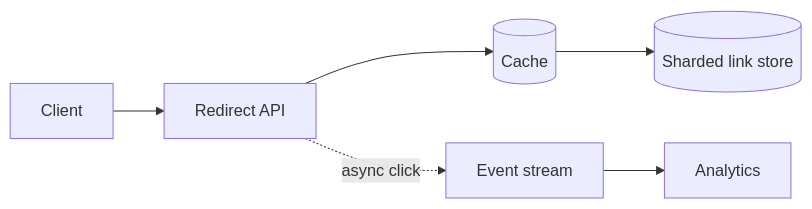
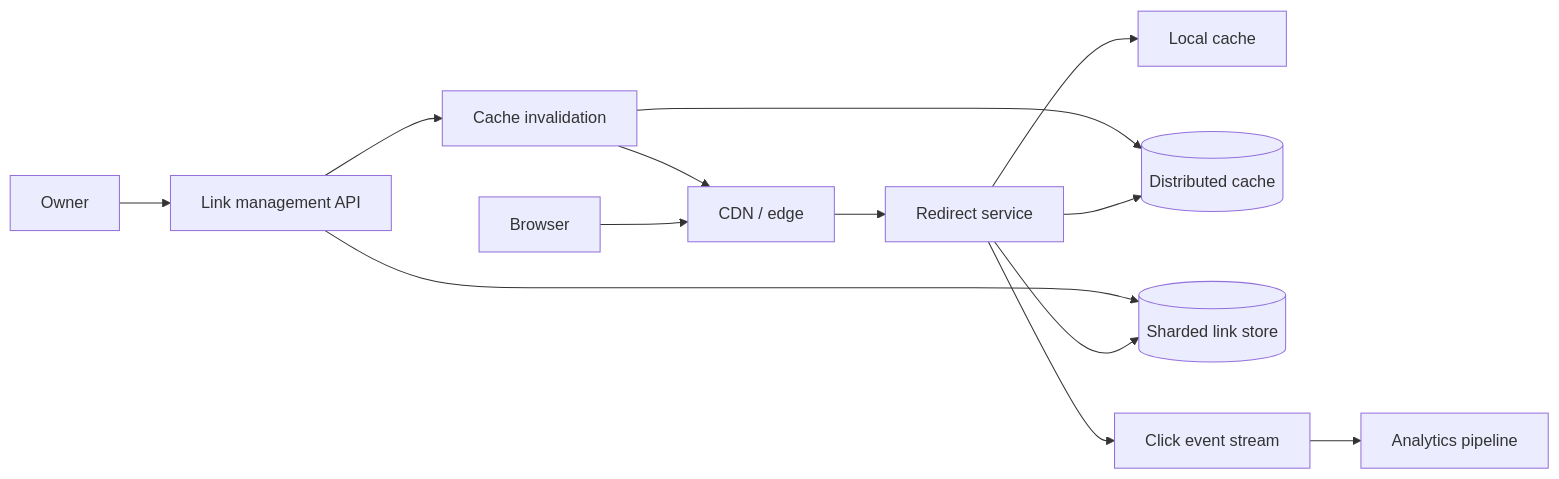
Before and after one commit to yangzichao/www: the diagram in src/content/blog/system-design/url-shortener.md, drawn with Mermaid. The commit also changed other lines of this file and 18 other files, not shown here.

Commit message:
refactor: Revise URL Shortener design document to enhance clarity and detail on system evolution, API specifications, and architectural considerations

````diff
--- a/src/content/blog/system-design/url-shortener.md
+++ b/src/content/blog/system-design/url-shortener.md
@@ -115,8 +247,16 @@
 ```mermaid
 flowchart LR
-  C[Client] --> E[Redirect API]
-  E --> K[(Cache)]
-  K --> D[(Sharded link store)]
-  E -. async click .-> Q[Event stream]
-  Q --> A[Analytics]
+  C[Browser] --> CDN[CDN / edge]
+  CDN --> R[Redirect service]
+  R --> LC[Local cache]
+  R --> DC[(Distributed cache)]
+  R --> DB[(Sharded link store)]
+  R --> E[Click event stream]
+
+  U[Owner] --> API[Link management API]
+  API --> DB
+  API --> I[Cache invalidation]
+  I --> DC
+  I --> CDN
+  E --> A[Analytics pipeline]
 ```
````
